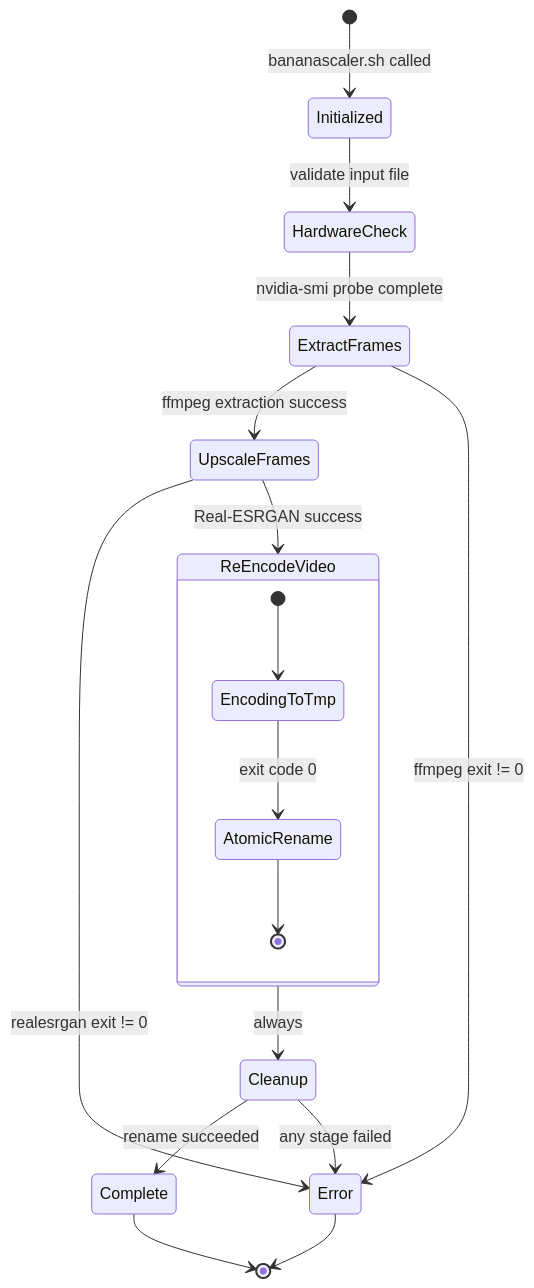
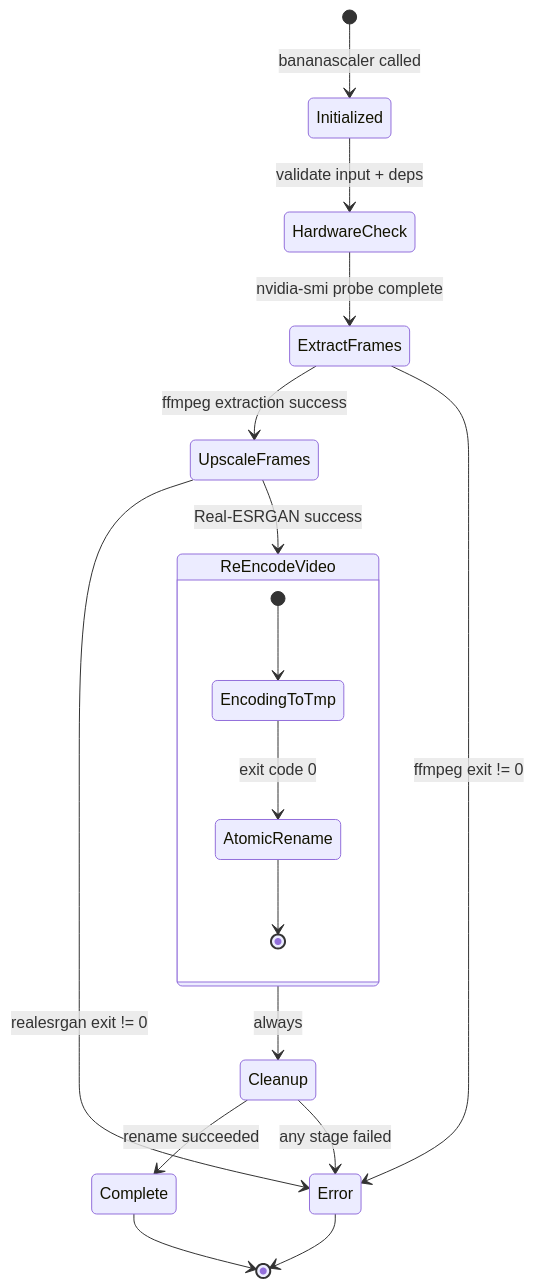
The diagram in README.md (julesklord/bananascaler), drawn with Mermaid before and after one commit. The commit also changed other lines of this file and 22 other files, not shown here.

````diff
--- a/README.md
+++ b/README.md
@@ -131,23 +173,23 @@
 ```mermaid
 stateDiagram-v2
-    [*] --> Initialized : bananascaler.sh called
-    Initialized --> HardwareCheck : validate input file
+    [*] --> Initialized : bananascaler called
+    Initialized --> HardwareCheck : validate input + deps
     HardwareCheck --> ExtractFrames : nvidia-smi probe complete
     ExtractFrames --> UpscaleFrames : ffmpeg extraction success
     UpscaleFrames --> ReEncodeVideo : Real-ESRGAN success
 
     state ReEncodeVideo {
         [*] --> EncodingToTmp
         EncodingToTmp --> AtomicRename : exit code 0
         AtomicRename --> [*]
     }
 
     ReEncodeVideo --> Cleanup : always
     Cleanup --> Complete : rename succeeded
     Cleanup --> Error : any stage failed
 
     ExtractFrames --> Error : ffmpeg exit != 0
     UpscaleFrames --> Error : realesrgan exit != 0
     Error --> [*]
     Complete --> [*]
 ```
````
